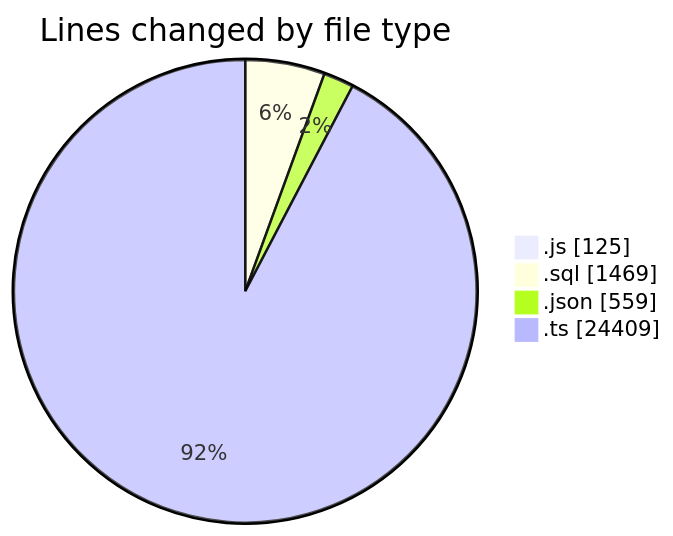
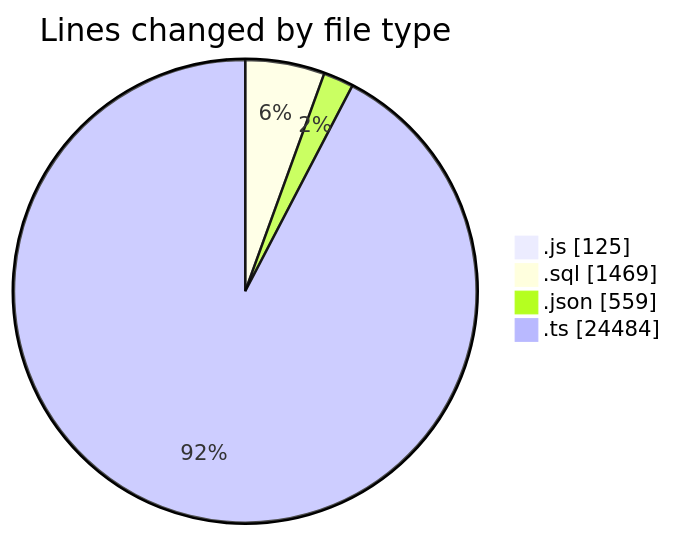
The first of 2 diagrams in 2026-05-20/cda/README.md (momahboobian/code-tracking), drawn with Mermaid before and after one commit. The commit also changed other lines of this file and 1 other file, not shown here.

````diff
--- a/2026-05-20/cda/README.md
+++ b/2026-05-20/cda/README.md
@@ -36,8 +36,8 @@
 ```mermaid
 pie showData
 title Lines changed by file type
 ".js" : 125
 ".sql" : 1469
 ".json" : 559
-".ts" : 24409
+".ts" : 24484
 ```
````
